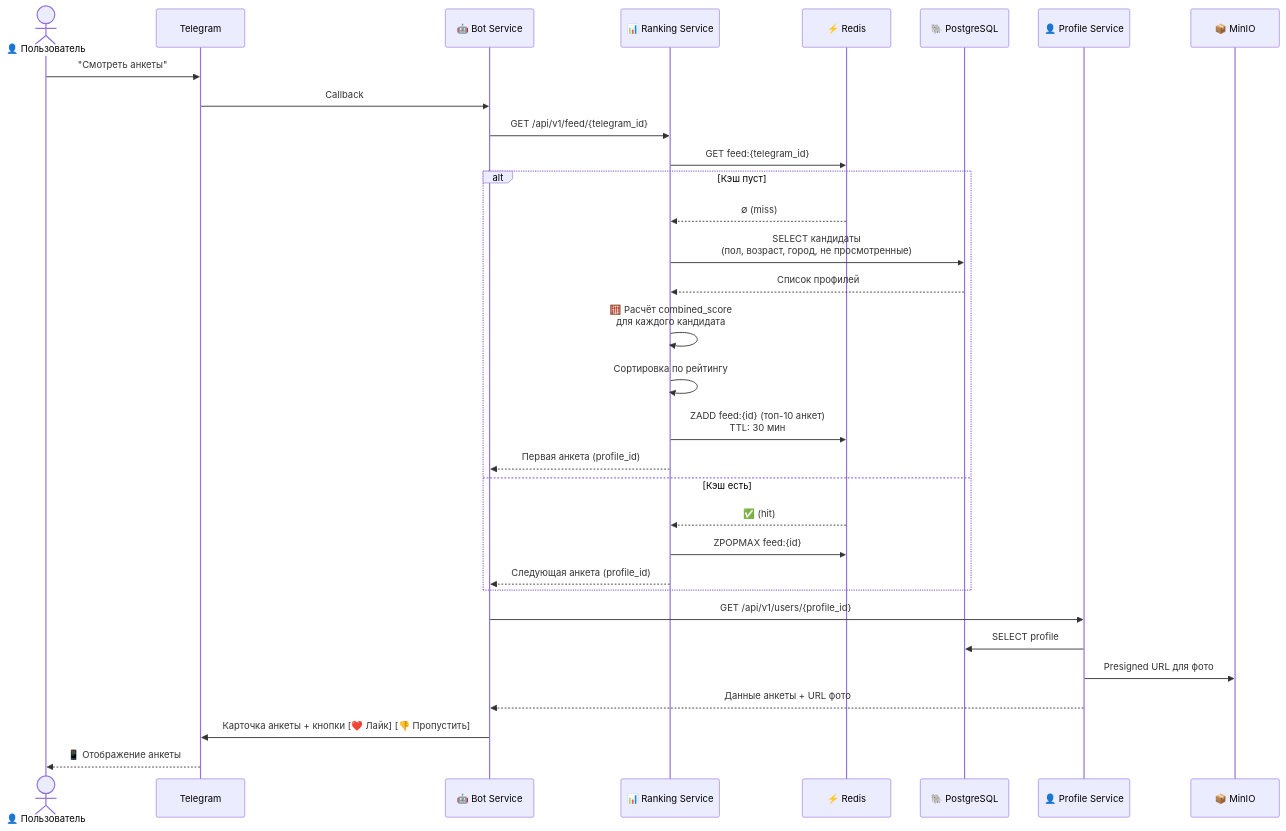
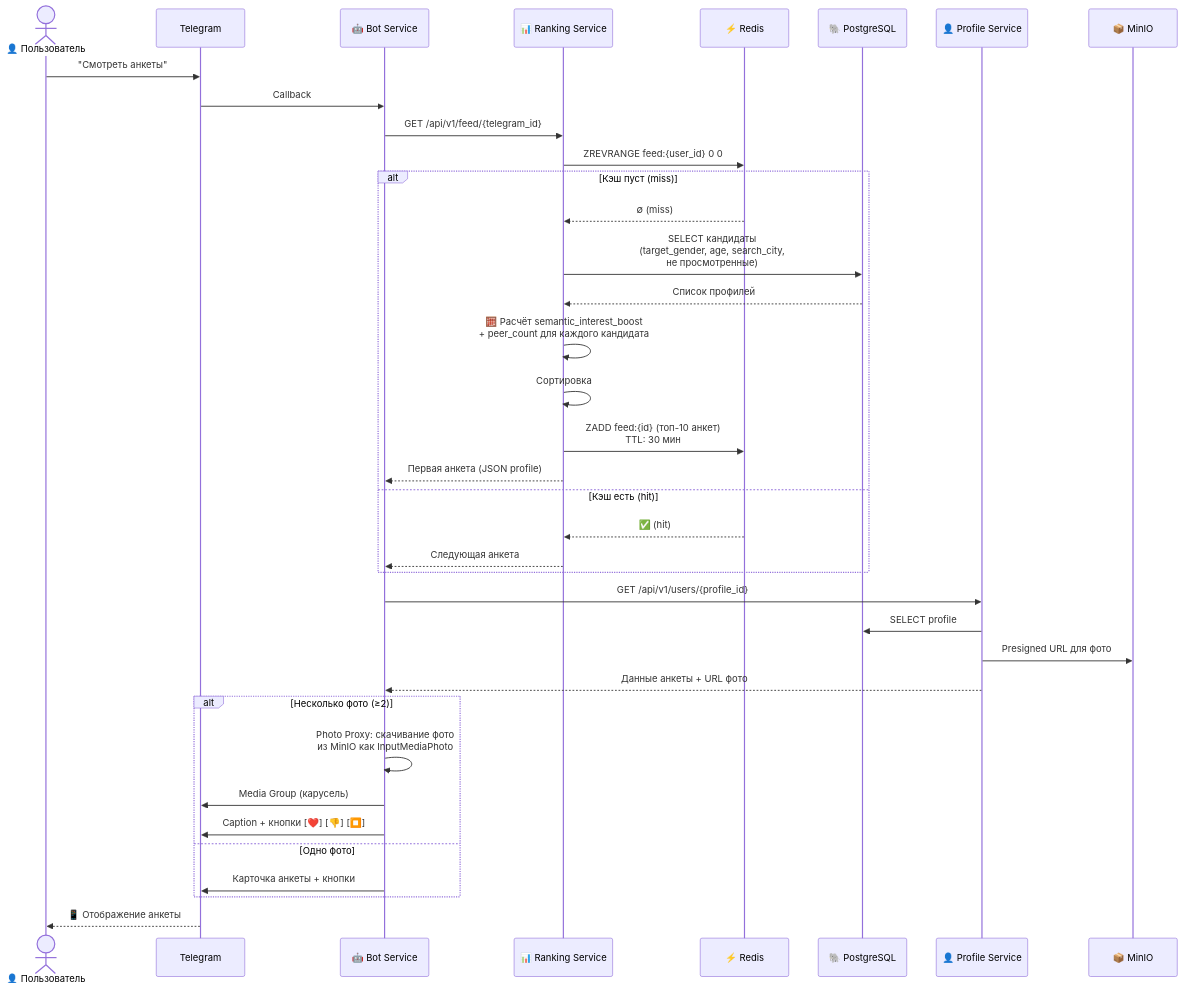
The third of 7 diagrams in docs/architecture.md (UsachovaUlyana/ulsu), drawn with Mermaid before and after one commit. The commit also changed other lines of this file and 184 other files, not shown here.

````diff
--- a/docs/architecture.md
+++ b/docs/architecture.md
@@ -133,39 +147,44 @@
 ```mermaid
 sequenceDiagram
     actor User as 👤 Пользователь
     participant TG as Telegram
     participant Bot as 🤖 Bot Service
     participant Rank as 📊 Ranking Service
     participant Cache as ⚡ Redis
     participant PG as 🐘 PostgreSQL
     participant Profile as 👤 Profile Service
     participant S3 as 📦 MinIO
 
     User->>TG: "Смотреть анкеты"
     TG->>Bot: Callback
     Bot->>Rank: GET /api/v1/feed/{telegram_id}
 
-    Rank->>Cache: GET feed:{telegram_id}
+    Rank->>Cache: ZREVRANGE feed:{user_id} 0 0
 
-    alt Кэш пуст
+    alt Кэш пуст (miss)
         Cache-->>Rank: ∅ (miss)
-        Rank->>PG: SELECT кандидаты<br/>(пол, возраст, город, не просмотренные)
+        Rank->>PG: SELECT кандидаты<br/>(target_gender, age, search_city,<br/>не просмотренные)
         PG-->>Rank: Список профилей
-        Rank->>Rank: 🧮 Расчёт combined_score<br/>для каждого кандидата
-        Rank->>Rank: Сортировка по рейтингу
+        Rank->>Rank: 🧮 Расчёт semantic_interest_boost<br/>+ peer_count для каждого кандидата
+        Rank->>Rank: Сортировка
         Rank->>Cache: ZADD feed:{id} (топ-10 анкет)<br/>TTL: 30 мин
-        Rank-->>Bot: Первая анкета (profile_id)
-    else Кэш есть
+        Rank-->>Bot: Первая анкета (JSON profile)
+    else Кэш есть (hit)
         Cache-->>Rank: ✅ (hit)
-        Rank->>Cache: ZPOPMAX feed:{id}
-        Rank-->>Bot: Следующая анкета (profile_id)
+        Rank-->>Bot: Следующая анкета
     end
 
     Bot->>Profile: GET /api/v1/users/{profile_id}
     Profile->>PG: SELECT profile
     Profile->>S3: Presigned URL для фото
     Profile-->>Bot: Данные анкеты + URL фото
 
-    Bot->>TG: Карточка анкеты + кнопки [❤️ Лайк] [👎 Пропустить]
+    alt Несколько фото (≥2)
+        Bot->>Bot: Photo Proxy: скачивание фото<br/>из MinIO как InputMediaPhoto
+        Bot->>TG: Media Group (карусель)
+        Bot->>TG: Caption + кнопки [❤️] [👎] [⏹️]
+    else Одно фото
+        Bot->>TG: Карточка анкеты + кнопки
+    end
     TG-->>User: 📱 Отображение анкеты
 ```
````
